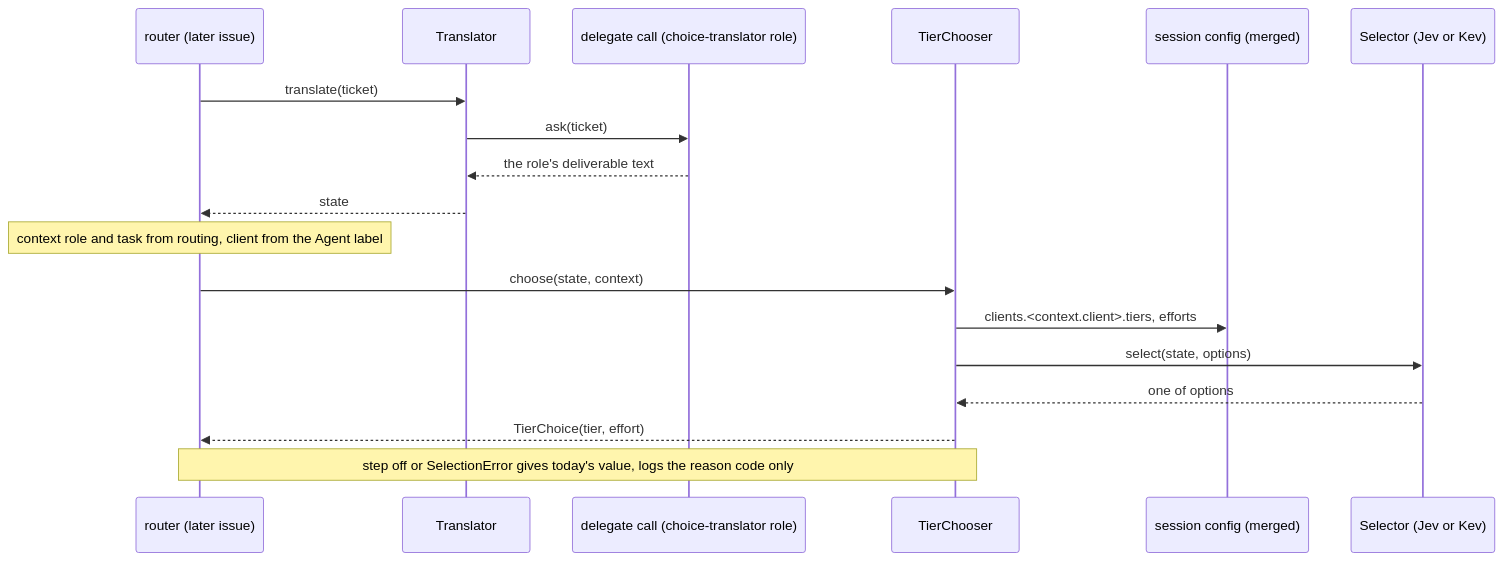
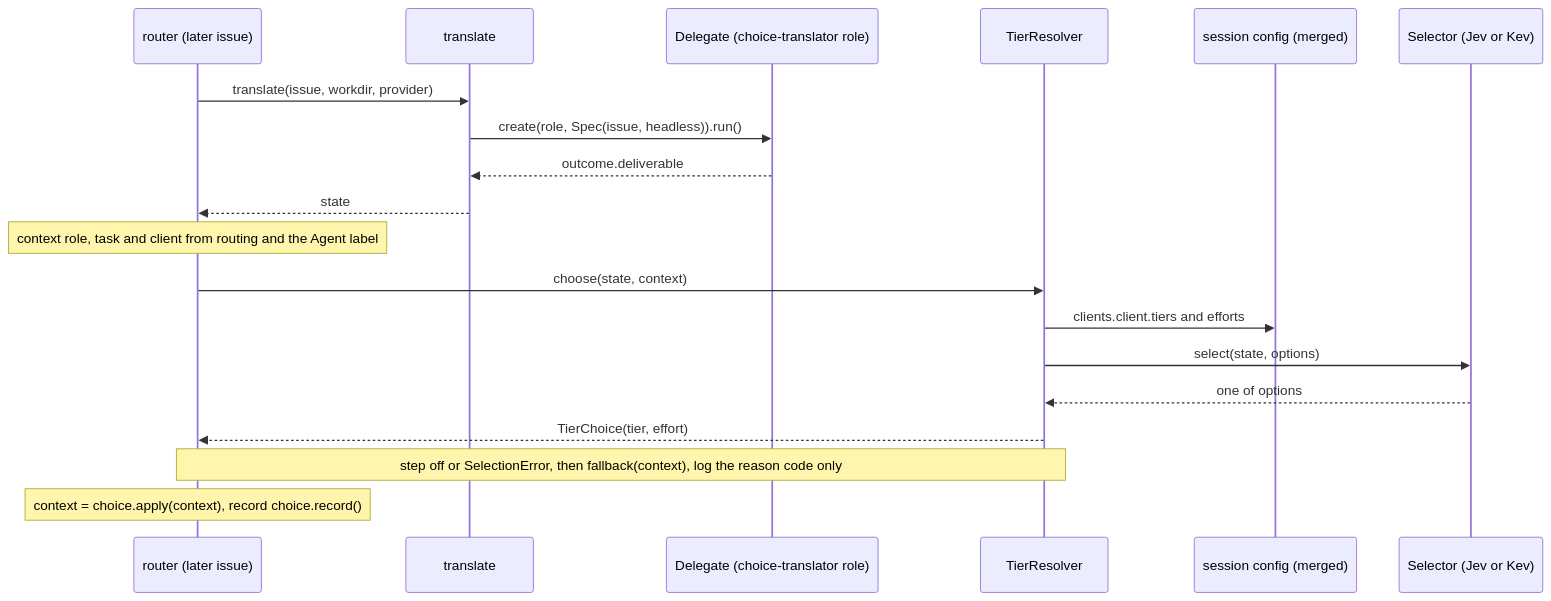
Before and after one commit to ophis/agent-pm: the first of 2 diagrams in .autopilot/router-selector-spec.md, drawn with Mermaid. The commit also changed other lines of this file, not shown here.

Commit message:
TASK-742: spec: translate function, Choice and Resolver pairs, generic router loop

````diff
--- a/.autopilot/router-selector-spec.md
+++ b/.autopilot/router-selector-spec.md
@@ -25,20 +31,21 @@
 ```mermaid
 sequenceDiagram
   participant R as router (later issue)
-  participant T as Translator
-  participant D as delegate call (choice-translator role)
-  participant C as TierChooser
+  participant T as translate
+  participant D as Delegate (choice-translator role)
+  participant V as TierResolver
   participant K as session config (merged)
   participant S as Selector (Jev or Kev)
-  R->>T: translate(ticket)
-  T->>D: ask(ticket)
-  D-->>T: the role's deliverable text
+  R->>T: translate(issue, workdir, provider)
+  T->>D: create(role, Spec(issue, headless)).run()
+  D-->>T: outcome.deliverable
   T-->>R: state
-  Note over R: context role and task from routing, client from the Agent label
-  R->>C: choose(state, context)
-  C->>K: clients.<context.client>.tiers, efforts
-  C->>S: select(state, options)
-  S-->>C: one of options
-  C-->>R: TierChoice(tier, effort)
-  Note over R,C: step off or SelectionError gives today's value, logs the reason code only
+  Note over R: context role, task and client from routing and the Agent label
+  R->>V: choose(state, context)
+  V->>K: clients.client.tiers and efforts
+  V->>S: select(state, options)
+  S-->>V: one of options
+  V-->>R: TierChoice(tier, effort)
+  Note over R,V: step off or SelectionError, then fallback(context), log the reason code only
+  Note over R: context = choice.apply(context), record choice.record()
 ```
````
